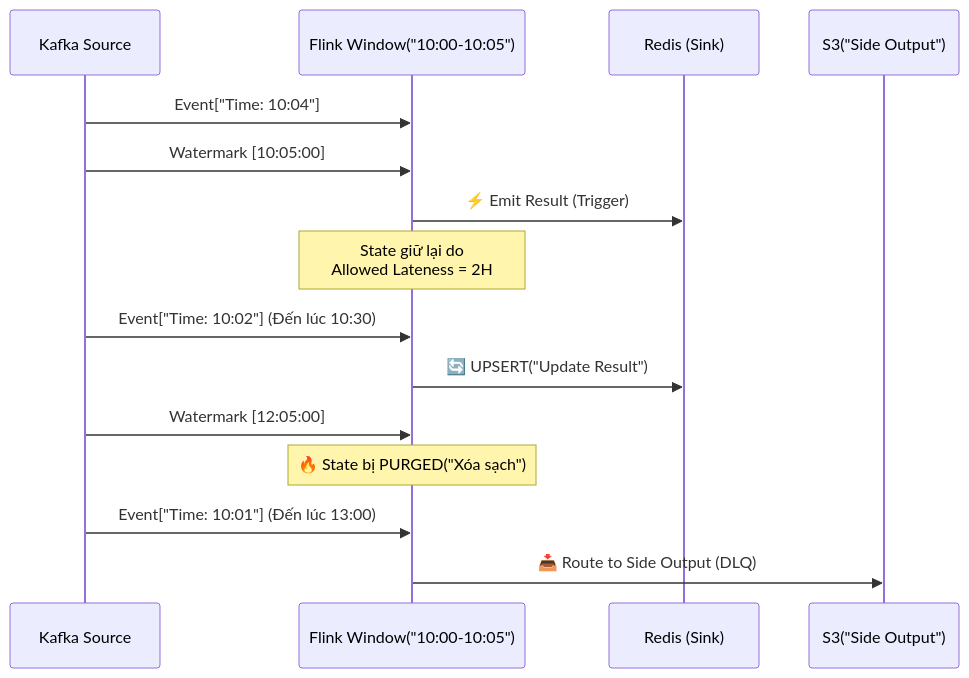
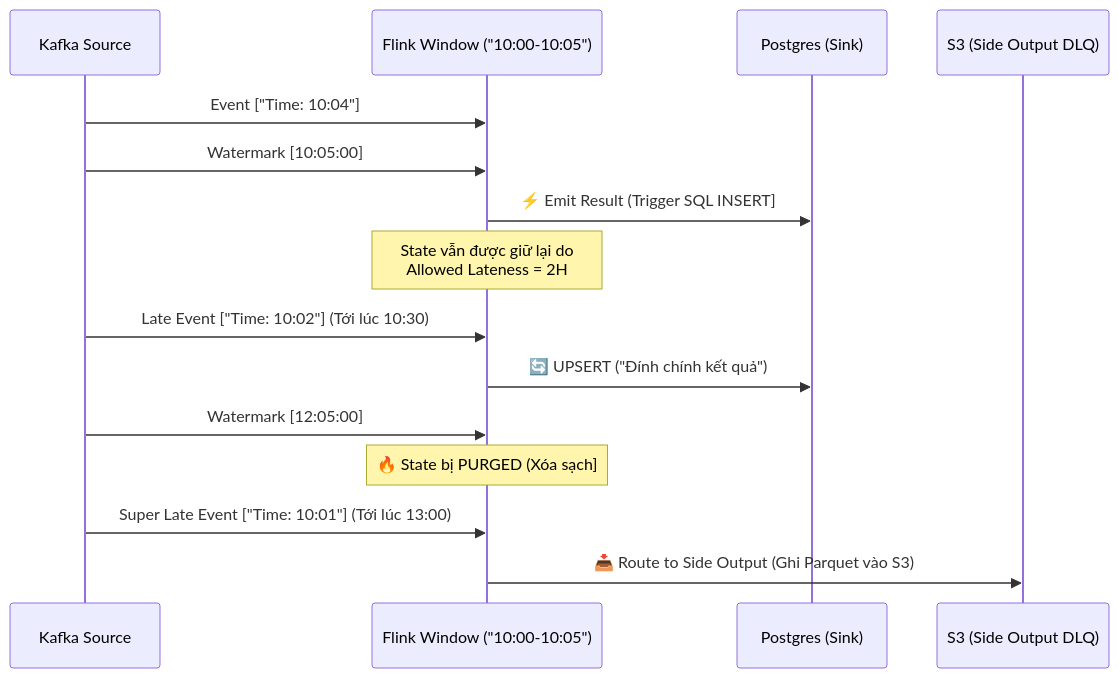
The second of 2 diagrams in src/content/docs/concepts/5-stream-processing-realtime/flink-watermarks-late-data.md (kythuatdulieu/kythuatdulieu.github.io), drawn with Mermaid before and after one commit. The commit also changed other lines of this file and 213 other files, not shown here.

Commit message:
Fix syntax and rewrite 200+ concepts docs to deep-dive system architecture and add GA4 tracking to quiz app

````diff
--- a/src/content/docs/concepts/5-stream-processing-realtime/flink-watermarks-late-data.md
+++ b/src/content/docs/concepts/5-stream-processing-realtime/flink-watermarks-late-data.md
@@ -83,21 +92,21 @@
 ```mermaid
 sequenceDiagram
     participant Kafka as Kafka Source
-    participant Flink as Flink Window("10:00-10:05")
-    participant Redis as Redis (Sink)
-    participant S3 as S3("Side Output")
+    participant Flink as Flink Window ("10:00-10:05")
+    participant DB as Postgres (Sink)
+    participant S3 as S3 (Side Output DLQ)
 
-    Kafka->>Flink: Event["Time: 10:04"]
+    Kafka->>Flink: Event ["Time: 10:04"]
     Kafka->>Flink: Watermark [10:05:00]
-    Flink->>Redis: ⚡ Emit Result (Trigger)
-    Note over Flink: State giữ lại do<br/>Allowed Lateness = 2H
+    Flink->>DB: ⚡ Emit Result (Trigger SQL INSERT]
+    Note over Flink: State vẫn được giữ lại do<br/>Allowed Lateness = 2H
     
-    Kafka->>Flink: Event["Time: 10:02"] (Đến lúc 10:30)
-    Flink->>Redis: 🔄 UPSERT("Update Result")
+    Kafka->>Flink: Late Event ["Time: 10:02"] (Tới lúc 10:30)
+    Flink->>DB: 🔄 UPSERT ("Đính chính kết quả")
     
     Kafka->>Flink: Watermark [12:05:00]
-    Note over Flink: 🔥 State bị PURGED("Xóa sạch")
+    Note over Flink: 🔥 State bị PURGED (Xóa sạch]
     
-    Kafka->>Flink: Event["Time: 10:01"] (Đến lúc 13:00)
-    Flink->>S3: 📥 Route to Side Output (DLQ)
+    Kafka->>Flink: Super Late Event ["Time: 10:01"] (Tới lúc 13:00)
+    Flink->>S3: 📥 Route to Side Output (Ghi Parquet vào S3)
 ```
````
